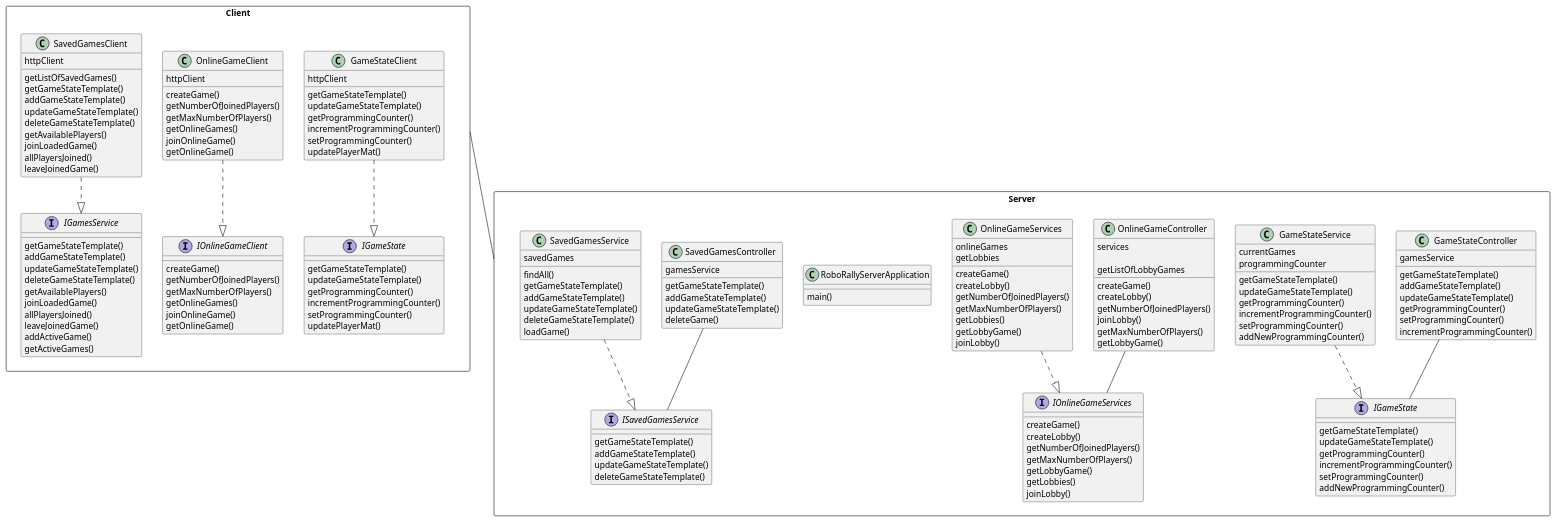
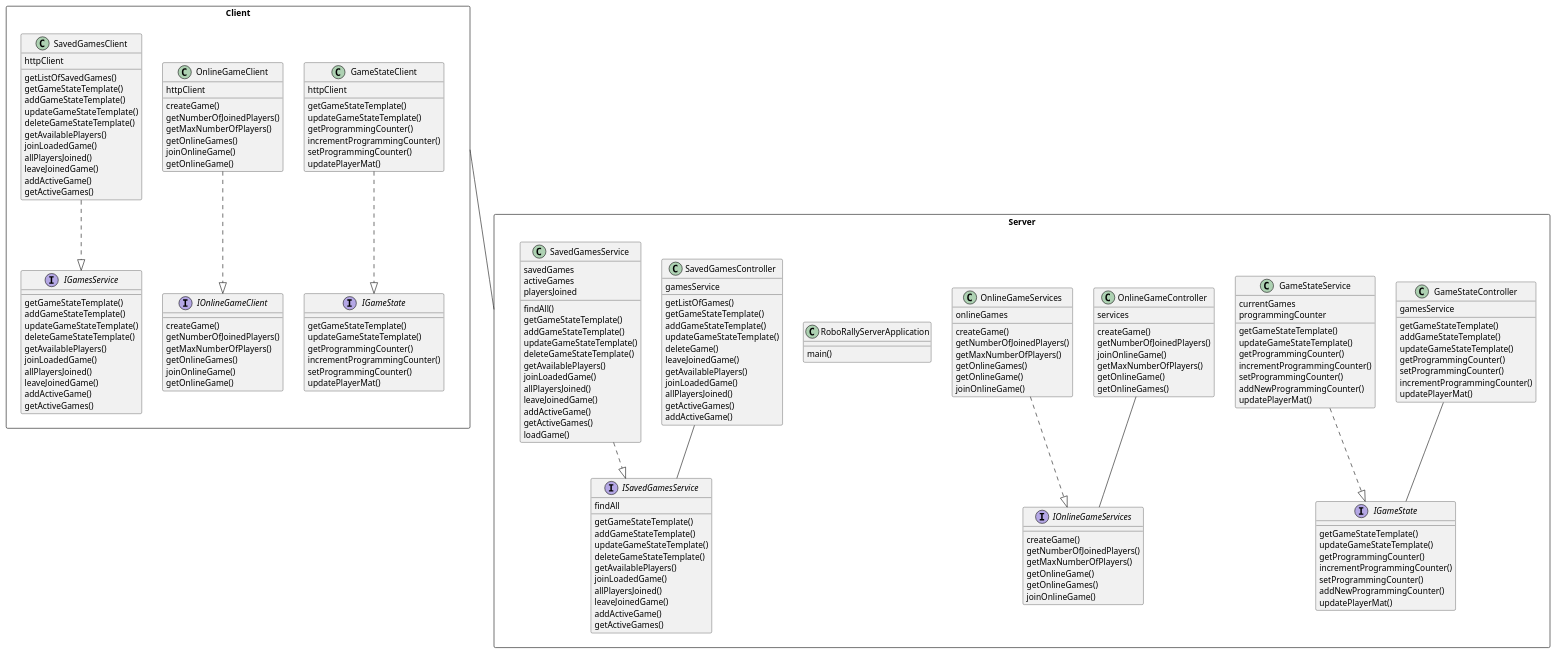
One commit to MarkBidstrup/RoboRally changed the diagram in PlantUML/WebClassDiagram.puml. Above: the diagram before and after it, drawn with PlantUML.

Commit message:
Updated WebClassDiagram

```diff
--- a/PlantUML/WebClassDiagram.puml
+++ b/PlantUML/WebClassDiagram.puml
@@ -36,6 +36,8 @@
         joinLoadedGame()
         allPlayersJoined()
         leaveJoinedGame()
+        addActiveGame()
+        getActiveGames()
     }
 
     interface IGameState {
@@ -80,6 +82,7 @@
         getProgrammingCounter()
         setProgrammingCounter()
         incrementProgrammingCounter()
+        updatePlayerMat()
     }
 
     class GameStateService {
@@ -92,31 +95,29 @@
         incrementProgrammingCounter()
         setProgrammingCounter()
         addNewProgrammingCounter()
+        updatePlayerMat()
     }
 
     class OnlineGameController {
         services
 
         createGame()
-        createLobby()
         getNumberOfJoinedPlayers()
-        joinLobby()
+        joinOnlineGame()
         getMaxNumberOfPlayers()
-        getLobbyGame()
-        getListOfLobbyGames
+        getOnlineGame()
+        getOnlineGames()
     }
 
     class OnlineGameServices {
         onlineGames
-        getLobbies
 
         createGame()
-        createLobby()
         getNumberOfJoinedPlayers()
         getMaxNumberOfPlayers()
-        getLobbies()
-        getLobbyGame()
-        joinLobby()
+        getOnlineGames()
+        getOnlineGame()
+        joinOnlineGame()
     }
 
     class RoboRallyServerApplication {
@@ -126,20 +127,35 @@
     class SavedGamesController {
         gamesService
 
+        getListOfGames()
         getGameStateTemplate()
         addGameStateTemplate()
         updateGameStateTemplate()
         deleteGame()
+        leaveJoinedGame()
+        getAvailablePlayers()
+        joinLoadedGame()
+        allPlayersJoined()
+        getActiveGames()
+        addActiveGame()
     }
 
     class SavedGamesService {
         savedGames
+        activeGames
+        playersJoined
 
         findAll()
         getGameStateTemplate()
         addGameStateTemplate()
         updateGameStateTemplate()
         deleteGameStateTemplate()
+        getAvailablePlayers()
+        joinLoadedGame()
+        allPlayersJoined()
+        leaveJoinedGame()
+        addActiveGame()
+        getActiveGames()
         loadGame()
     }
 
@@ -147,10 +163,18 @@
     interface "ISavedGamesService" as ServerISavedGamesService
 
     interface ServerISavedGamesService {
+        findAll
+
         getGameStateTemplate()
         addGameStateTemplate()
         updateGameStateTemplate()
         deleteGameStateTemplate()
+        getAvailablePlayers()
+        joinLoadedGame()
+        allPlayersJoined()
+        leaveJoinedGame()
+        addActiveGame()
+        getActiveGames()
     }
 
     interface ServerIGameState {
@@ -160,16 +184,16 @@
         incrementProgrammingCounter()
         setProgrammingCounter()
         addNewProgrammingCounter()
+        updatePlayerMat()
     }
 
     interface IOnlineGameServices {
         createGame()
-        createLobby()
         getNumberOfJoinedPlayers()
         getMaxNumberOfPlayers()
-        getLobbyGame()
-        getLobbies()
-        joinLobby()
+        getOnlineGame()
+        getOnlineGames()
+        joinOnlineGame()
     }
 }
 
```
